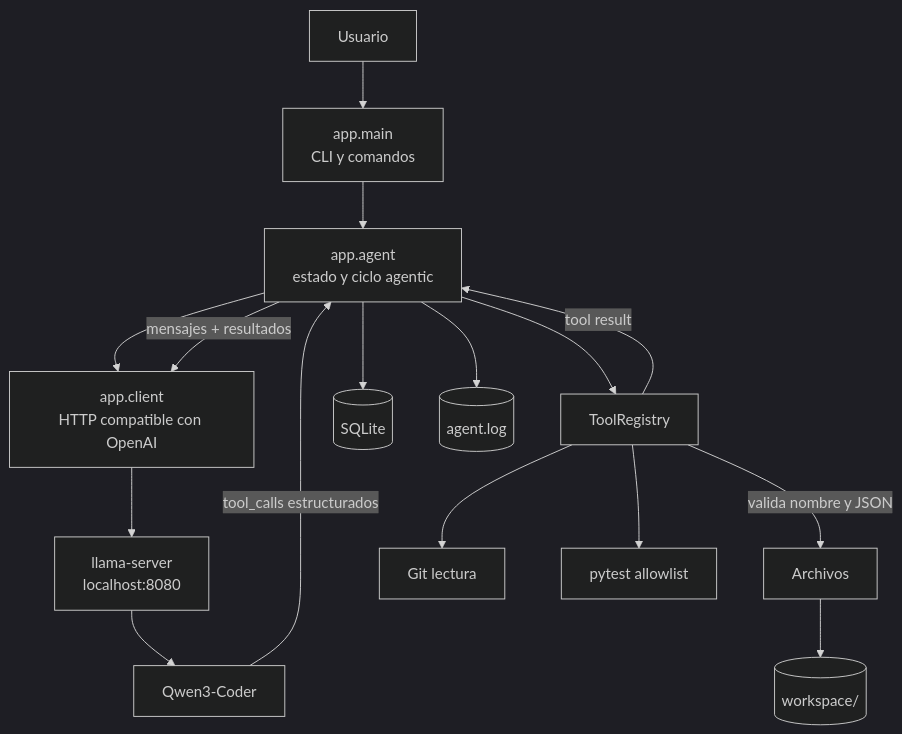
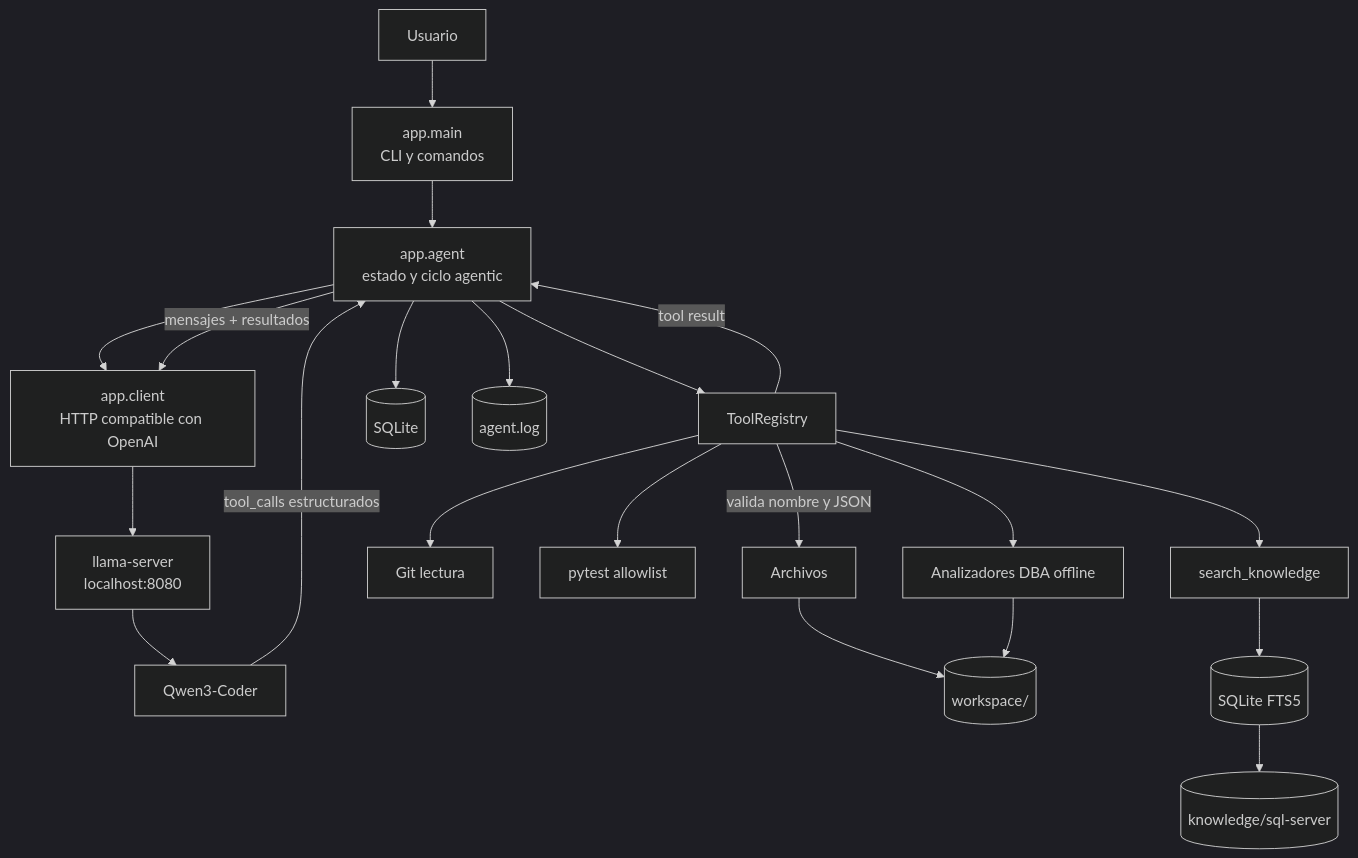
Before and after one commit to Marlon-Castillo-F/qwen3-local-ai-agent: the first of 2 diagrams in docs/arquitectura.md, drawn with Mermaid (dark theme). The commit also changed other lines of this file and 8 other files, not shown here.

````diff
--- a/docs/arquitectura.md
+++ b/docs/arquitectura.md
@@ -7,18 +7,23 @@
 ```mermaid
 flowchart TB
     U[Usuario] --> CLI[app.main<br/>CLI y comandos]
     CLI --> AG[app.agent<br/>estado y ciclo agentic]
     AG --> CL[app.client<br/>HTTP compatible con OpenAI]
     CL --> LS[llama-server<br/>localhost:8080]
     LS --> Q[Qwen3-Coder]
     Q -->|tool_calls estructurados| AG
     AG --> TR[ToolRegistry]
     TR -->|valida nombre y JSON| FT[Archivos]
     TR --> GT[Git lectura]
     TR --> TT[pytest allowlist]
+    TR --> KR[search_knowledge]
+    TR --> DT[Analizadores DBA offline]
     FT --> WS[(workspace/)]
+    DT --> WS
+    KR --> FTS[(SQLite FTS5)]
+    FTS --> KB[(knowledge/sql-server)]
     AG --> DB[(SQLite)]
     AG --> LOG[(agent.log)]
     TR -->|tool result| AG
     AG -->|mensajes + resultados| CL
 ```
````
